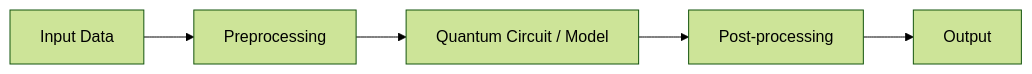
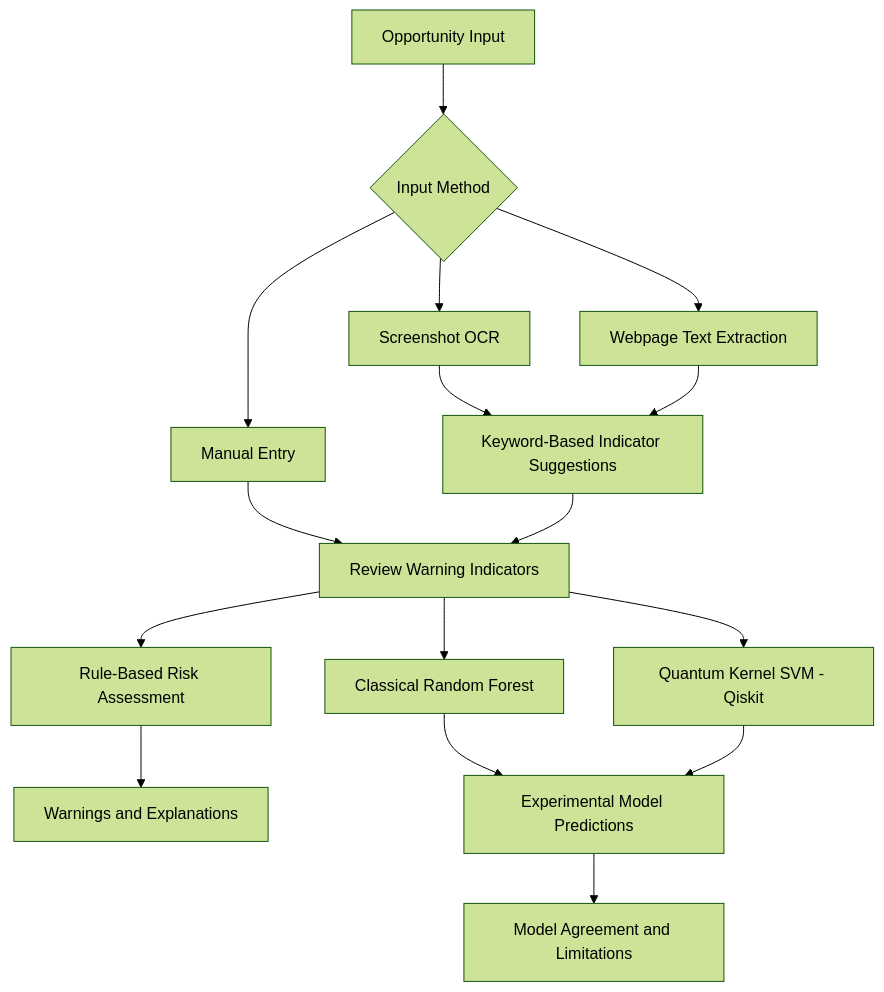
The diagram in README.md (vtu-qiskit-fall-fest-2026/vtu-hc-qubit-crew), drawn with Mermaid (forest theme) before and after one commit. The commit also changed other lines of this file and 18 other files, not shown here.

Commit message:
Build QuantumShield risk assessment prototype

````diff
--- a/README.md
+++ b/README.md
@@ -98,7 +69,18 @@
 ```mermaid
-flowchart LR
-    A[Input Data] --> B[Preprocessing]
-    B --> C[Quantum Circuit / Model]
-    C --> D[Post-processing]
-    D --> E[Output]
+flowchart TD
+    A[Opportunity Input] --> B{Input Method}
+    B --> C[Manual Entry]
+    B --> D[Screenshot OCR]
+    B --> E[Webpage Text Extraction]
+    D --> F[Keyword-Based Indicator Suggestions]
+    E --> F
+    C --> G[Review Warning Indicators]
+    F --> G
+    G --> H[Rule-Based Risk Assessment]
+    G --> I[Classical Random Forest]
+    G --> J[Quantum Kernel SVM - Qiskit]
+    H --> K[Warnings and Explanations]
+    I --> L[Experimental Model Predictions]
+    J --> L
+    L --> M[Model Agreement and Limitations]
 ```
````
